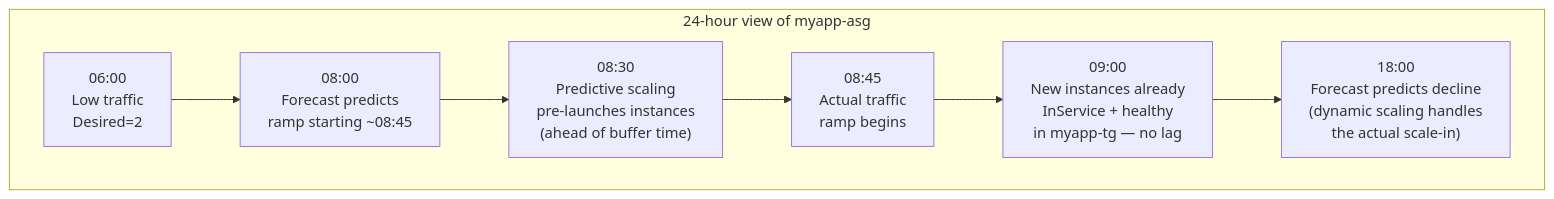
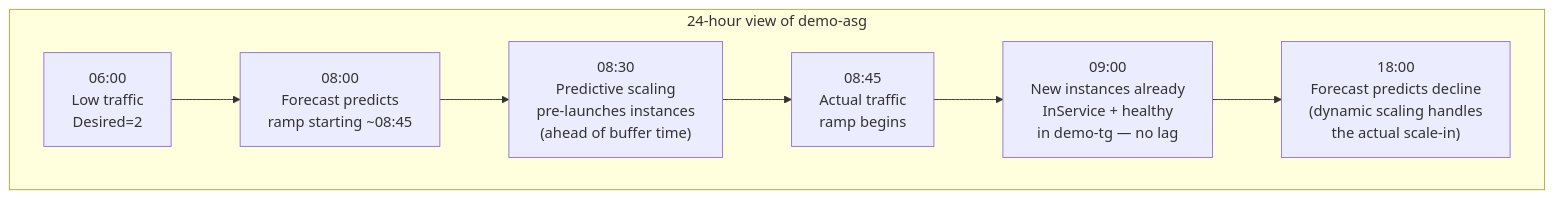
The diagram in EC2/ASG/06-Predictive-Scaling-HandsOn.md (msdeepak052/AWS_Imp_Concepts), drawn with Mermaid before and after one commit. The commit also changed other lines of this file and 66 other files, not shown here.

````diff
--- a/EC2/ASG/06-Predictive-Scaling-HandsOn.md
+++ b/EC2/ASG/06-Predictive-Scaling-HandsOn.md
@@ -87,11 +87,11 @@
 ```mermaid
 graph LR
-    subgraph Timeline["24-hour view of myapp-asg"]
+    subgraph Timeline["24-hour view of demo-asg"]
         direction LR
         T1["06:00<br/>Low traffic<br/>Desired=2"] --> T2["08:00<br/>Forecast predicts<br/>ramp starting ~08:45"]
         T2 --> T3["08:30<br/>Predictive scaling<br/>pre-launches instances<br/>(ahead of buffer time)"]
         T3 --> T4["08:45<br/>Actual traffic<br/>ramp begins"]
-        T4 --> T5["09:00<br/>New instances already<br/>InService + healthy<br/>in myapp-tg — no lag"]
+        T4 --> T5["09:00<br/>New instances already<br/>InService + healthy<br/>in demo-tg — no lag"]
         T5 --> T6["18:00<br/>Forecast predicts decline<br/>(dynamic scaling handles<br/>the actual scale-in)"]
     end
 ```
````
